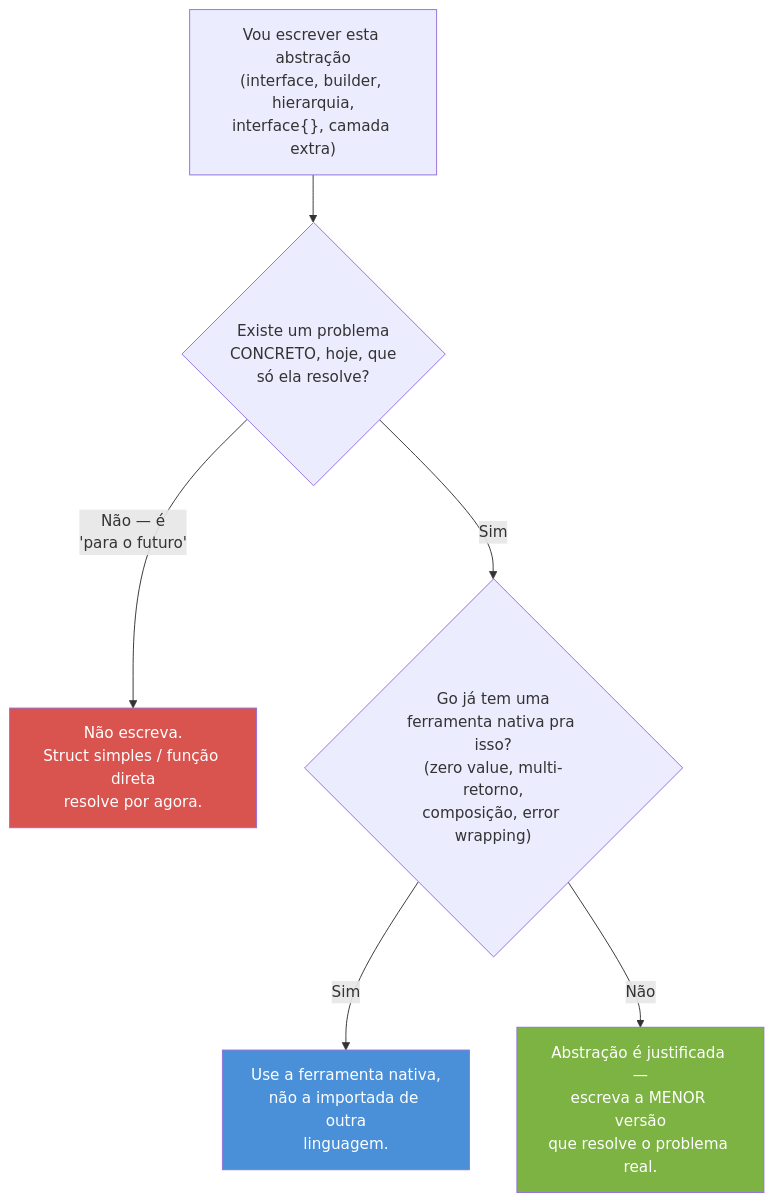
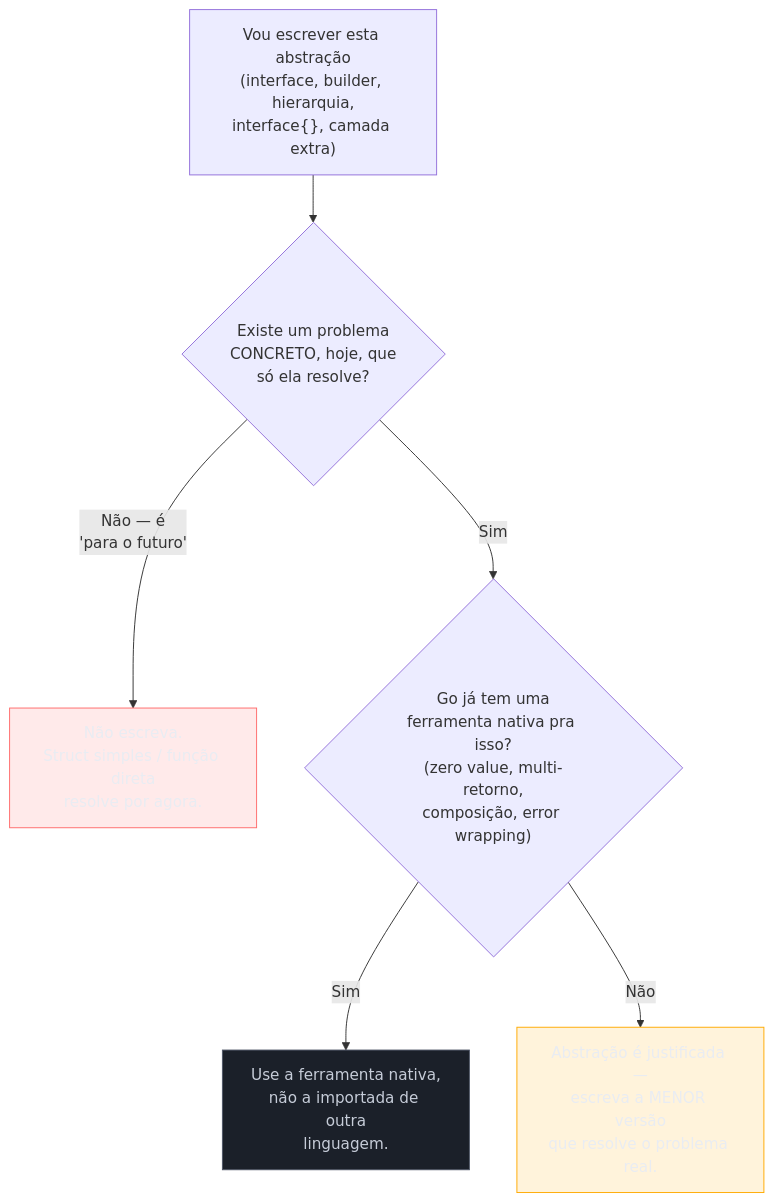
Before and after one commit to josenaldo/codex-technomanticus: the second of 2 diagrams in 03-Dominios/Tecnologia/Go/20 - Go idiomático/07 - Escrevendo Go que não parece Java.md, drawn with Mermaid. The commit also changed other lines of this file and 1181 other files, not shown here.

First line of the commit message:
fix(diagramas): paleta do sistema no lugar de cor cravada no markdown

````diff
--- a/03-Dominios/Tecnologia/Go/20 - Go idiomático/07 - Escrevendo Go que não parece Java.md
+++ b/03-Dominios/Tecnologia/Go/20 - Go idiomático/07 - Escrevendo Go que não parece Java.md
@@ -278,12 +281,15 @@
 ```mermaid
 flowchart TD
+    classDef falha fill:#FF6B6B24,stroke:#FF6B6B,color:#E9ECF2
+    classDef neutro fill:#1B2029,stroke:#4E5666,color:#C6CCD8
+    classDef destaque fill:#FFAA0024,stroke:#FFAA00,color:#E9ECF2
     A["Vou escrever esta abstração\n(interface, builder, hierarquia,\ninterface{}, camada extra)"] --> B{"Existe um problema\nCONCRETO, hoje, que\nsó ela resolve?"}
     B -->|"Não — é\n'para o futuro'"| C["Não escreva.\nStruct simples / função direta\nresolve por agora."]
     B -->|"Sim"| D{"Go já tem uma\nferramenta nativa pra isso?\n(zero value, multi-retorno,\ncomposição, error wrapping)"}
     D -->|"Sim"| E["Use a ferramenta nativa,\nnão a importada de outra\nlinguagem."]
     D -->|"Não"| F["Abstração é justificada —\nescreva a MENOR versão\nque resolve o problema real."]
 
-    style C fill:#D9534F,color:#fff
-    style E fill:#4A90D9,color:#fff
-    style F fill:#7CB342,color:#fff
+    class C falha
+    class E neutro
+    class F destaque
 ```
````
